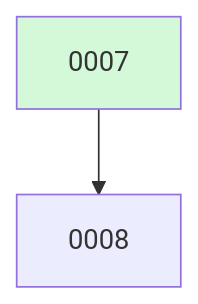
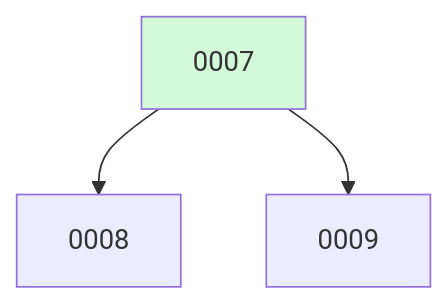
Before and after one commit to ethanhinson/fuse: the diagram in docs/changes/BOARD.md, drawn with Mermaid. The commit also changed other lines of this file, not shown here.

````diff
--- a/docs/changes/BOARD.md
+++ b/docs/changes/BOARD.md
@@ -11,6 +17,7 @@
 ```mermaid
 graph TD
   0007 --> 0008
+  0007 --> 0009
   0007:::done
   classDef done fill:#d3f9d8;
 ```
````
